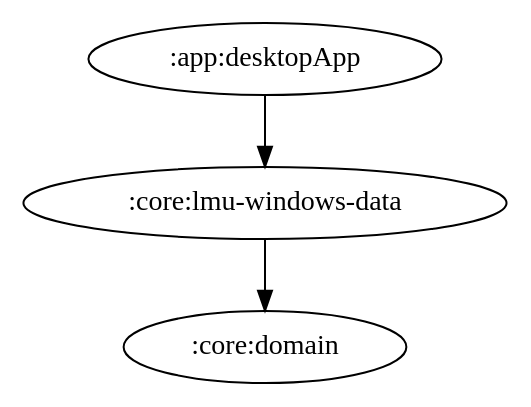
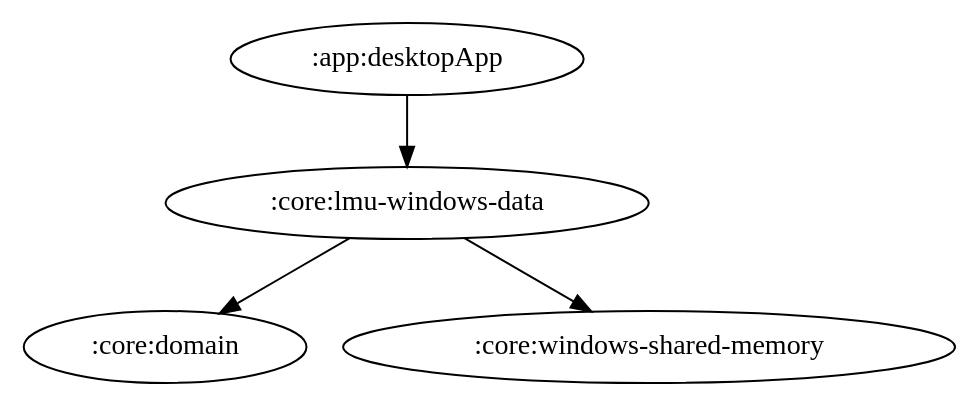
Before and after one commit to ai-kurou/KoDriver: the diagram in docs/graphs/core-lmu-windows-data.gv, drawn with Graphviz. The commit also changed 6 other files, not shown here.

Commit message:
chore: update module graph images

```diff
--- a/docs/graphs/core-lmu-windows-data.gv
+++ b/docs/graphs/core-lmu-windows-data.gv
@@ -1,5 +1,6 @@
 digraph G {
   rankdir=TB
   ":app:desktopApp" -> ":core:lmu-windows-data"
   ":core:lmu-windows-data" -> ":core:domain"
+  ":core:lmu-windows-data" -> ":core:windows-shared-memory"
 }
```
